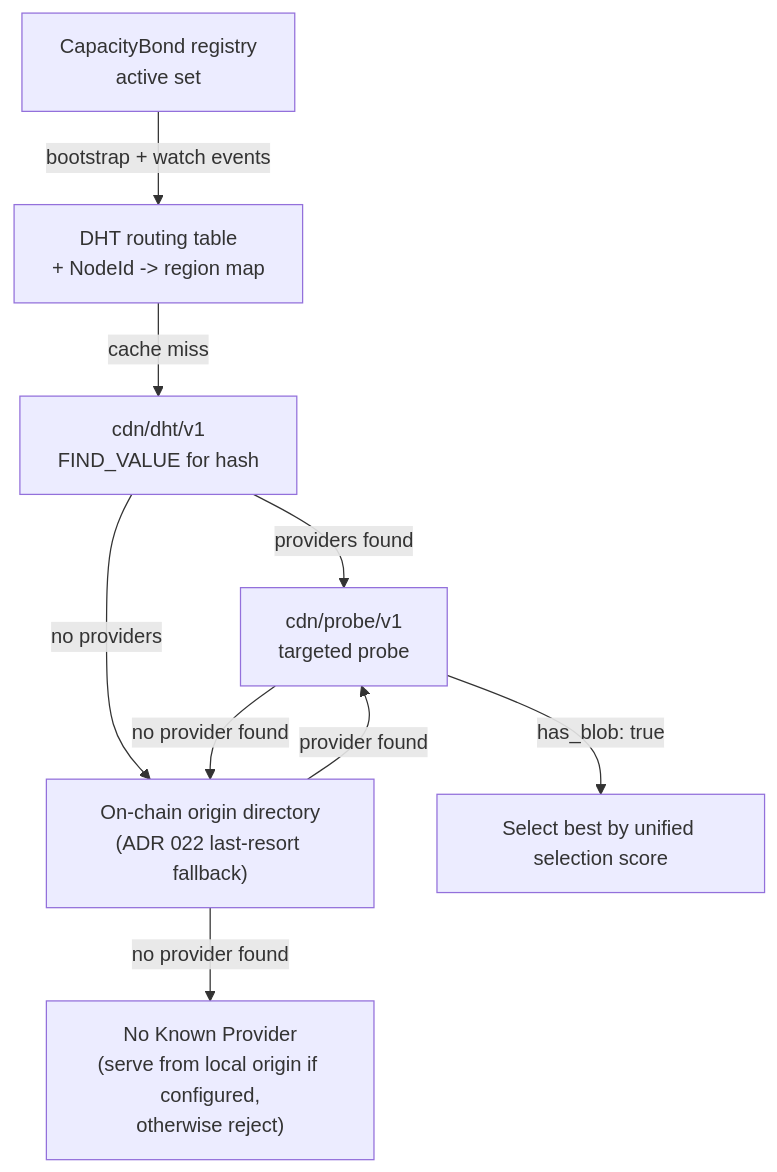
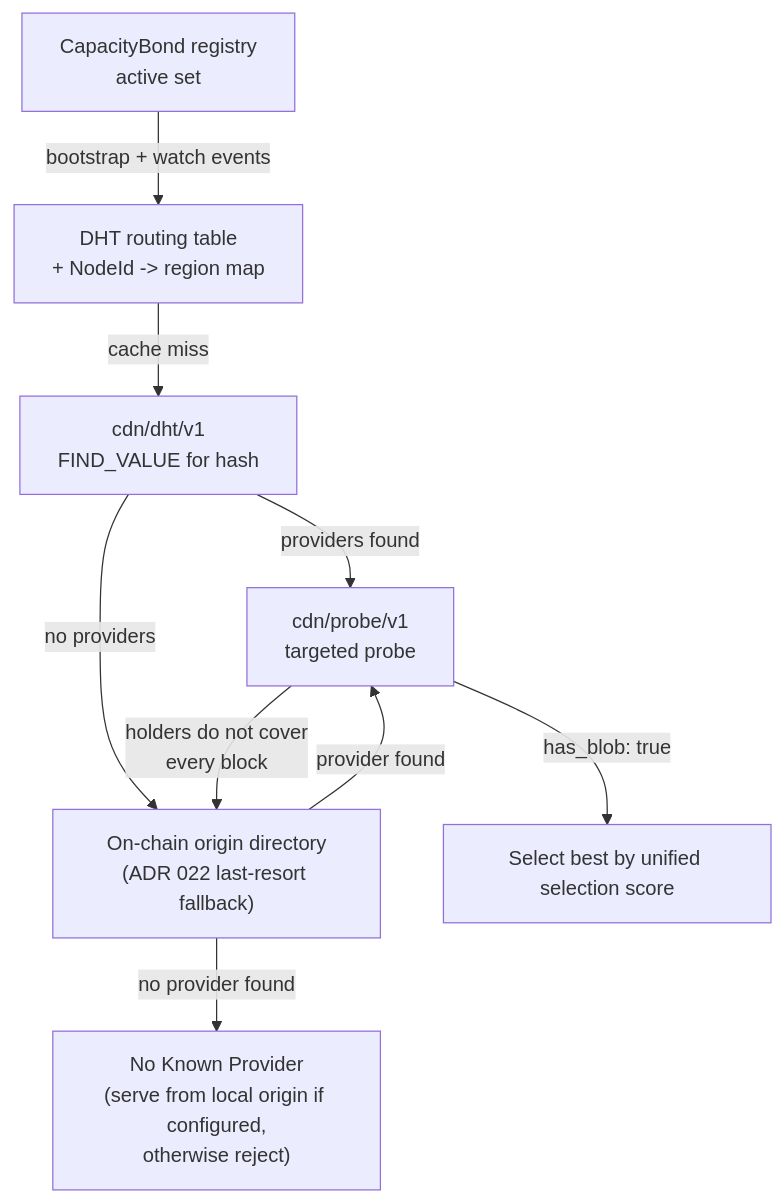
The diagram in adr/001-network.md (decdn/decdn), drawn with Mermaid before and after one commit. The commit also changed other lines of this file and 16 other files, not shown here.

````diff
--- a/adr/001-network.md
+++ b/adr/001-network.md
@@ -19,13 +19,13 @@
 ```mermaid
 graph TD
     REG["CapacityBond registry<br/>active set"]
     REG -->|bootstrap + watch events| RT["DHT routing table<br/>+ NodeId -> region map"]
 
     RT -->|cache miss| DHT["cdn/dht/v1<br/>FIND_VALUE for hash"]
     DHT -->|providers found| PROBE["cdn/probe/v1<br/>targeted probe"]
     DHT -->|no providers| DIR["On-chain origin directory<br/>(ADR 022 last-resort fallback)"]
     PROBE -->|has_blob: true| SELECT["Select best by unified selection score"]
-    PROBE -->|no provider found| DIR
+    PROBE -->|holders do not cover<br/>every block| DIR
     DIR -->|provider found| PROBE
     DIR -->|no provider found| MISS["No Known Provider<br/>(serve from local origin if configured,<br/>otherwise reject)"]
 ```
````
